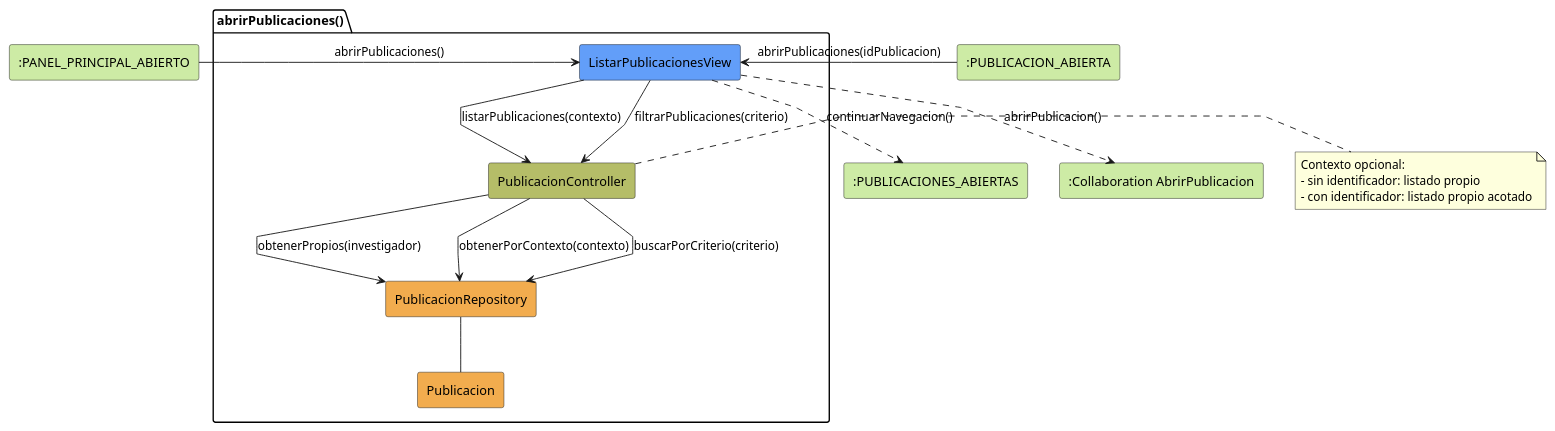
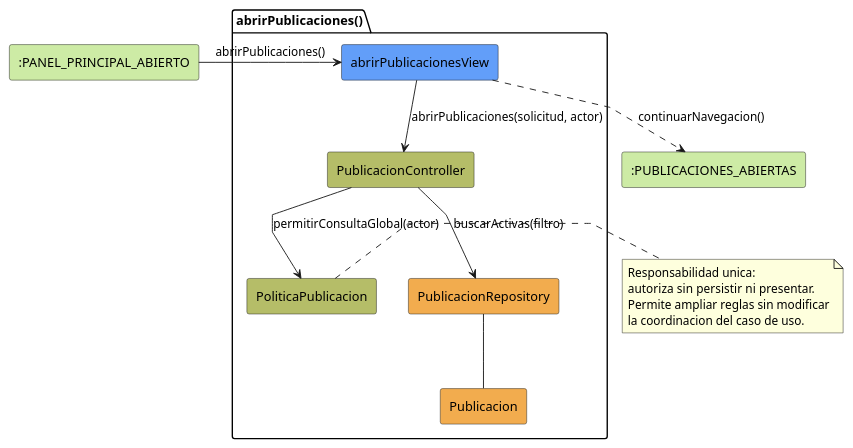
One commit to beatriizorozco/25-26-idsw2-sdVC changed the diagram in RUP/01-analisis/casos-uso/investigador/abrirPublicaciones/colaboracion.puml. Above: the diagram before and after it, drawn with PlantUML. The commit also changed 99 other files, not shown here.

Commit message:
docs(analisis y diseño): bloque 8: publicaciones

```diff
--- a/RUP/01-analisis/casos-uso/investigador/abrirPublicaciones/colaboracion.puml
+++ b/RUP/01-analisis/casos-uso/investigador/abrirPublicaciones/colaboracion.puml
@@ -1,33 +1,30 @@
-@startuml abrirPublicaciones-analisis
+@startuml abrirPublicaciones-investigador-analisis
 skinparam linetype polyline
 
-rectangle #CDEBA5 ":PANEL_PRINCIPAL_ABIERTO" as EstadoEntrada1
-rectangle #CDEBA5 ":PUBLICACION_ABIERTA" as EstadoEntrada2
+rectangle #CDEBA5 ":PANEL_PRINCIPAL_ABIERTO" as EstadoEntrada
 package abrirPublicaciones as "abrirPublicaciones()" {
-    rectangle #629EF9 ListarPublicacionesView
+    rectangle #629EF9 "abrirPublicacionesView" as View
     rectangle #b5bd68 PublicacionController
+    rectangle #b5bd68 PoliticaPublicacion
     rectangle #F2AC4E PublicacionRepository
     rectangle #F2AC4E Publicacion
+
 }
+rectangle #CDEBA5 ":PUBLICACIONES_ABIERTAS" as EstadoSalida
 
-rectangle #CDEBA5 ":PUBLICACIONES_ABIERTAS" as EstadoSalida
-rectangle #CDEBA5 ":Collaboration AbrirPublicacion" as AbrirPublicacion
+EstadoEntrada -r-> View: abrirPublicaciones()
+View -d-> PublicacionController: abrirPublicaciones(solicitud, actor)
 
-EstadoEntrada1 -r-> ListarPublicacionesView: abrirPublicaciones()
-EstadoEntrada2 -r-> ListarPublicacionesView: abrirPublicaciones(idPublicacion)
+PublicacionController --> PoliticaPublicacion: permitirConsultaGlobal(actor)
+PublicacionController --> PublicacionRepository: buscarActivas(filtro)
+PublicacionRepository -- Publicacion
 
-ListarPublicacionesView -d-> PublicacionController: listarPublicaciones(contexto)
-ListarPublicacionesView --> PublicacionController: filtrarPublicaciones(criterio)
-PublicacionController --> PublicacionRepository: obtenerPropios(investigador)
-PublicacionController --> PublicacionRepository: obtenerPorContexto(contexto)
-PublicacionController --> PublicacionRepository: buscarPorCriterio(criterio)
-PublicacionRepository -- Publicacion
-note right of PublicacionController
-Contexto opcional:
-- sin identificador: listado propio
-- con identificador: listado propio acotado
+View ..> EstadoSalida: continuarNavegacion()
+
+note right of PoliticaPublicacion
+Responsabilidad unica:
+autoriza sin persistir ni presentar.
+Permite ampliar reglas sin modificar
+la coordinacion del caso de uso.
 end note
-ListarPublicacionesView ..> EstadoSalida: continuarNavegacion()
-ListarPublicacionesView ..> AbrirPublicacion: abrirPublicacion()
-
 @enduml
```
